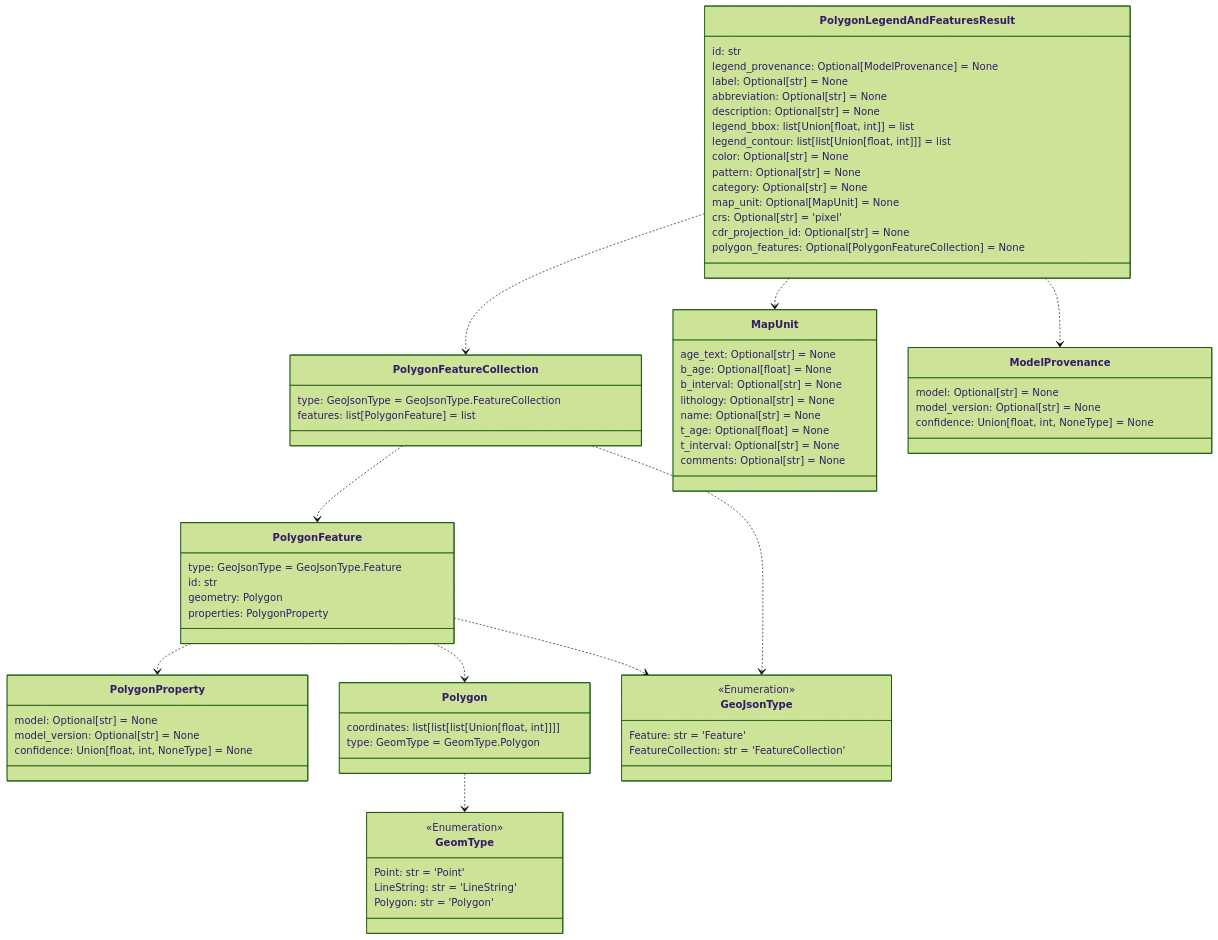
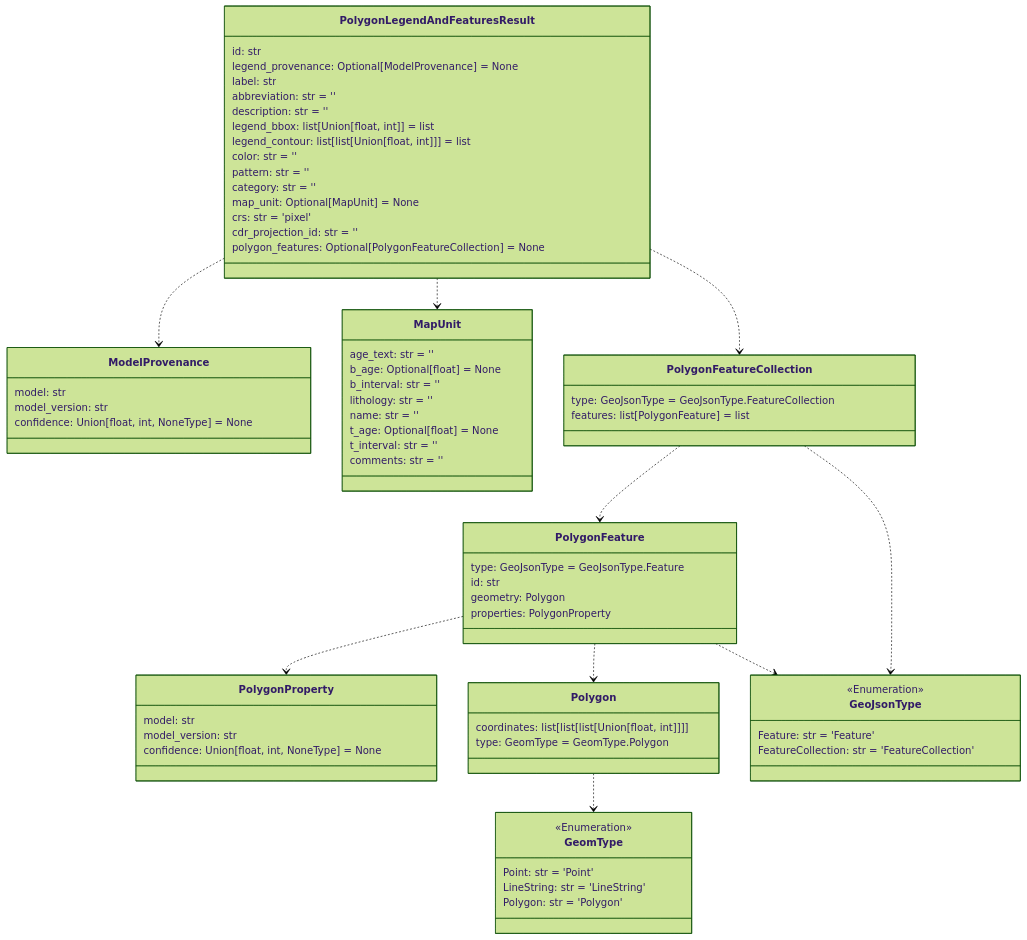
Before and after one commit to DARPA-CRITICALMAAS/cdr_schemas: the seventh of 12 diagrams in README.md, drawn with Mermaid (forest theme). The commit also changed other lines of this file and 7 other files, not shown here.

```diff
--- a/README.md
+++ b/README.md
@@ -527,26 +527,38 @@
         properties: PolygonProperty
     }
 
-    class PolygonProperty {
-        model: Optional[str] = None
-        model_version: Optional[str] = None
+    class ModelProvenance {
+        model: str
+        model_version: str
         confidence: Union[float, int, NoneType] = None
     }
 
-    class PolygonFeatureCollection {
-        type: GeoJsonType = GeoJsonType.FeatureCollection
-        features: list[PolygonFeature] = list
+    class PolygonLegendAndFeaturesResult {
+        id: str
+        legend_provenance: Optional[ModelProvenance] = None
+        label: str
+        abbreviation: str = ''
+        description: str = ''
+        legend_bbox: list[Union[float, int]] = list
+        legend_contour: list[list[Union[float, int]]] = list
+        color: str = ''
+        pattern: str = ''
+        category: str = ''
+        map_unit: Optional[MapUnit] = None
+        crs: str = 'pixel'
+        cdr_projection_id: str = ''
+        polygon_features: Optional[PolygonFeatureCollection] = None
     }
 
     class MapUnit {
-        age_text: Optional[str] = None
+        age_text: str = ''
         b_age: Optional[float] = None
-        b_interval: Optional[str] = None
-        lithology: Optional[str] = None
-        name: Optional[str] = None
+        b_interval: str = ''
+        lithology: str = ''
+        name: str = ''
         t_age: Optional[float] = None
-        t_interval: Optional[str] = None
-        comments: Optional[str] = None
+        t_interval: str = ''
+        comments: str = ''
     }
 
     class GeomType {
@@ -556,9 +568,9 @@
         Polygon: str = 'Polygon'
     }
 
-    class ModelProvenance {
-        model: Optional[str] = None
-        model_version: Optional[str] = None
+    class PolygonProperty {
+        model: str
+        model_version: str
         confidence: Union[float, int, NoneType] = None
     }
 
@@ -567,33 +579,21 @@
         type: GeomType = GeomType.Polygon
     }
 
+    class PolygonFeatureCollection {
+        type: GeoJsonType = GeoJsonType.FeatureCollection
+        features: list[PolygonFeature] = list
+    }
+
     class GeoJsonType {
         <<Enumeration>>
         Feature: str = 'Feature'
         FeatureCollection: str = 'FeatureCollection'
     }
 
-    class PolygonLegendAndFeaturesResult {
-        id: str
-        legend_provenance: Optional[ModelProvenance] = None
-        label: Optional[str] = None
-        abbreviation: Optional[str] = None
-        description: Optional[str] = None
-        legend_bbox: list[Union[float, int]] = list
-        legend_contour: list[list[Union[float, int]]] = list
-        color: Optional[str] = None
-        pattern: Optional[str] = None
-        category: Optional[str] = None
-        map_unit: Optional[MapUnit] = None
-        crs: Optional[str] = 'pixel'
-        cdr_projection_id: Optional[str] = None
-        polygon_features: Optional[PolygonFeatureCollection] = None
-    }
-
     Polygon ..> GeomType
-    PolygonFeature ..> PolygonProperty
     PolygonFeature ..> Polygon
     PolygonFeature ..> GeoJsonType
+    PolygonFeature ..> PolygonProperty
     PolygonFeatureCollection ..> PolygonFeature
     PolygonFeatureCollection ..> GeoJsonType
     PolygonLegendAndFeaturesResult ..> PolygonFeatureCollection
```
